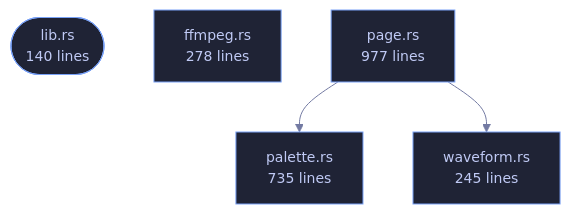
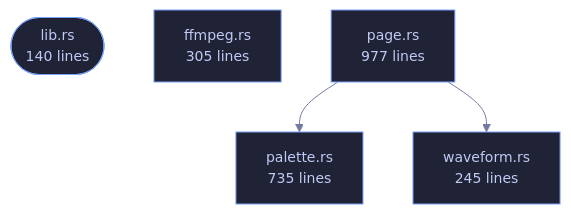
The diagram in crates/veilvoice-video/README.md (tilas01/veilvoice), drawn with Mermaid before and after one commit. The commit also changed other lines of this file and 50 other files, not shown here.

````diff
--- a/crates/veilvoice-video/README.md
+++ b/crates/veilvoice-video/README.md
@@ -90,16 +90,16 @@
 ```mermaid
 %%{init: {"theme":"base","themeVariables":{"background":"#1a1b26","primaryColor":"#1f2335","primaryTextColor":"#c0caf5","primaryBorderColor":"#7aa2f7","secondaryColor":"#16161e","tertiaryColor":"#16161e","lineColor":"#737aa2","textColor":"#c0caf5","mainBkg":"#1f2335","nodeBorder":"#7aa2f7","clusterBkg":"#16161e","clusterBorder":"#2f3549","fontFamily":"ui-monospace, SFMono-Regular, Consolas, monospace","fontSize":"14px"}}}%%
 flowchart TD
     n_lib(["lib.rs<br/>140 lines"])
-    n_ffmpeg["ffmpeg.rs<br/>278 lines"]
+    n_ffmpeg["ffmpeg.rs<br/>305 lines"]
     n_page["page.rs<br/>977 lines"]
     n_palette["palette.rs<br/>735 lines"]
     n_waveform["waveform.rs<br/>245 lines"]
     n_page --> n_palette
     n_page --> n_waveform
     click n_lib href "https://github.com/tilas01/veilvoice/blob/main/crates/veilvoice-video/src/lib.rs" "open the source"
     click n_ffmpeg href "https://github.com/tilas01/veilvoice/blob/main/crates/veilvoice-video/src/ffmpeg.rs" "open the source"
     click n_page href "https://github.com/tilas01/veilvoice/blob/main/crates/veilvoice-video/src/page.rs" "open the source"
     click n_palette href "https://github.com/tilas01/veilvoice/blob/main/crates/veilvoice-video/src/palette.rs" "open the source"
     click n_waveform href "https://github.com/tilas01/veilvoice/blob/main/crates/veilvoice-video/src/waveform.rs" "open the source"
 ```
````
